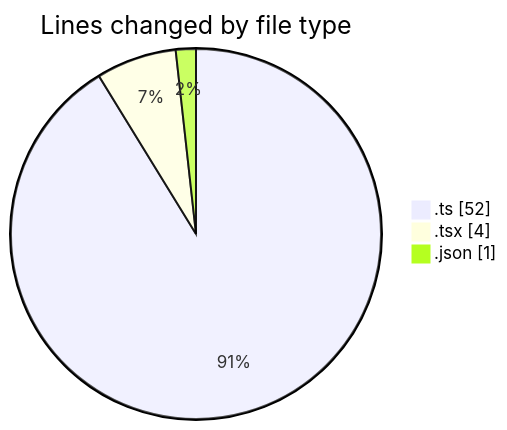
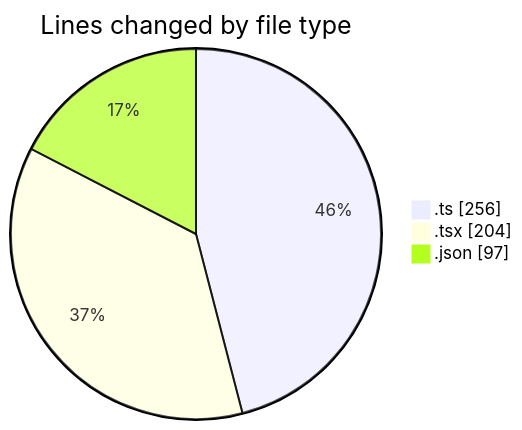
The first of 2 diagrams in 2026-05-07/cda/README.md (momahboobian/code-tracking), drawn with Mermaid before and after one commit. The commit also changed other lines of this file and 1 other file, not shown here.

````diff
--- a/2026-05-07/cda/README.md
+++ b/2026-05-07/cda/README.md
@@ -23,7 +26,7 @@
 ```mermaid
 pie showData
 title Lines changed by file type
-".ts" : 52
-".tsx" : 4
-".json" : 1
+".ts" : 256
+".tsx" : 204
+".json" : 97
 ```
````
